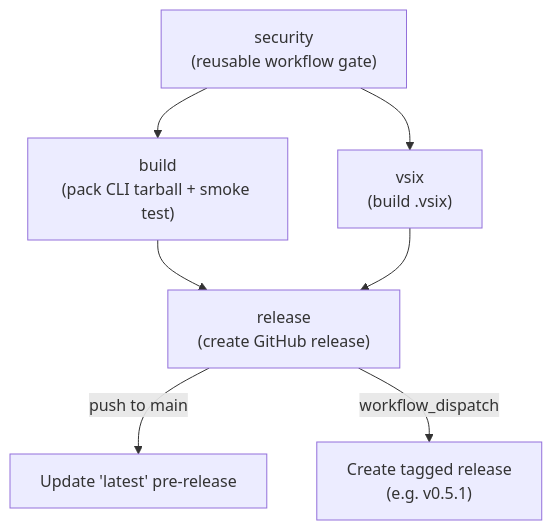
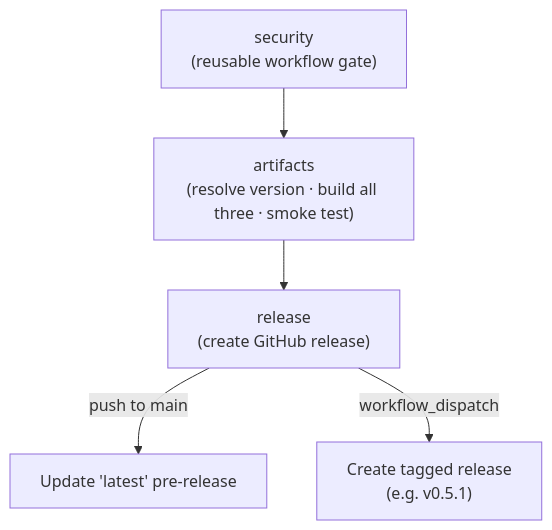
One commit to EqualExperts/satsuma-lang changed the second of 5 diagrams in docs/developer/CI-WORKFLOWS.md. Above: the diagram before and after it, drawn with Mermaid. The commit also changed other lines of this file and 24 other files, not shown here.

Commit message:
fix(release): identify non-release artifacts by commit

````diff
--- a/docs/developer/CI-WORKFLOWS.md
+++ b/docs/developer/CI-WORKFLOWS.md
@@ -197,13 +197,10 @@
 ```mermaid
 flowchart TD
     security["security\n(reusable workflow gate)"]
 
-    security --> build["build\n(pack CLI tarball + smoke test)"]
-    security --> vsix["vsix\n(build .vsix)"]
-
-    build --> release["release\n(create GitHub release)"]
-    vsix --> release
+    security --> artifacts["artifacts\n(resolve version · build all three · smoke test)"]
+    artifacts --> release["release\n(create GitHub release)"]
 
     release -->|"push to main"| latest["Update 'latest' pre-release"]
     release -->|"workflow_dispatch"| tagged["Create tagged release\n(e.g. v0.5.1)"]
 ```
````
